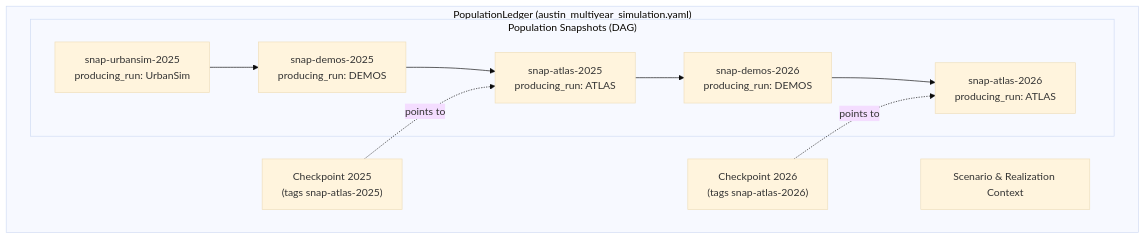
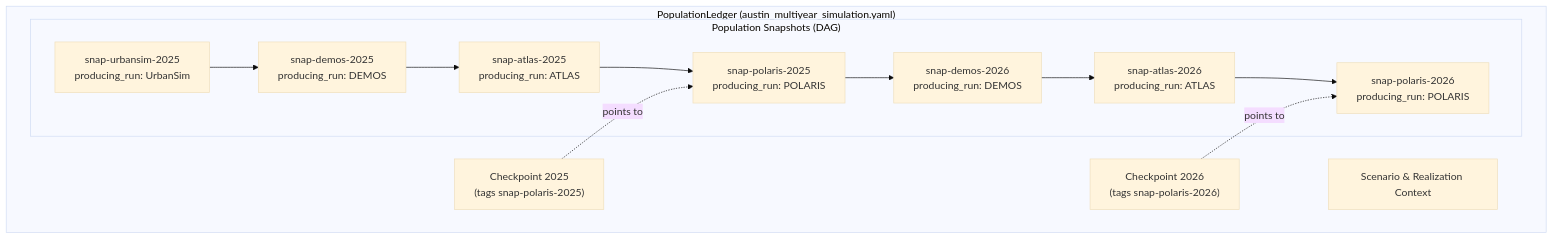
Before and after one commit to LBNL-UCB-STI/synergy-schema: the diagram in docs/shared-structure/population-snapshots-and-artifact-identity.md, drawn with Mermaid (base theme). The commit also changed 36 other files, not shown here.

````diff
--- a/docs/shared-structure/population-snapshots-and-artifact-identity.md
+++ b/docs/shared-structure/population-snapshots-and-artifact-identity.md
@@ -23,24 +23,28 @@
 ```mermaid
 flowchart TD
   subgraph Ledger["PopulationLedger (austin_multiyear_simulation.yaml)"]
     meta["Scenario & Realization Context"]
-    cp2025["Checkpoint 2025\n(tags snap-atlas-2025)"]
-    cp2026["Checkpoint 2026\n(tags snap-atlas-2026)"]
+    cp2025["Checkpoint 2025\n(tags snap-polaris-2025)"]
+    cp2026["Checkpoint 2026\n(tags snap-polaris-2026)"]
 
     subgraph Snapshots["Population Snapshots (DAG)"]
       s1["snap-urbansim-2025\nproducing_run: UrbanSim"]
       s2["snap-demos-2025\nproducing_run: DEMOS"]
       s3["snap-atlas-2025\nproducing_run: ATLAS"]
-      s4["snap-demos-2026\nproducing_run: DEMOS"]
-      s5["snap-atlas-2026\nproducing_run: ATLAS"]
+      s4["snap-polaris-2025\nproducing_run: POLARIS"]
+      s5["snap-demos-2026\nproducing_run: DEMOS"]
+      s6["snap-atlas-2026\nproducing_run: ATLAS"]
+      s7["snap-polaris-2026\nproducing_run: POLARIS"]
 
       s1 --> s2
       s2 --> s3
       s3 --> s4
       s4 --> s5
+      s5 --> s6
+      s6 --> s7
     end
 
-    cp2025 -. points to .-> s3
-    cp2026 -. points to .-> s5
+    cp2025 -. points to .-> s4
+    cp2026 -. points to .-> s7
   end
 ```
````
